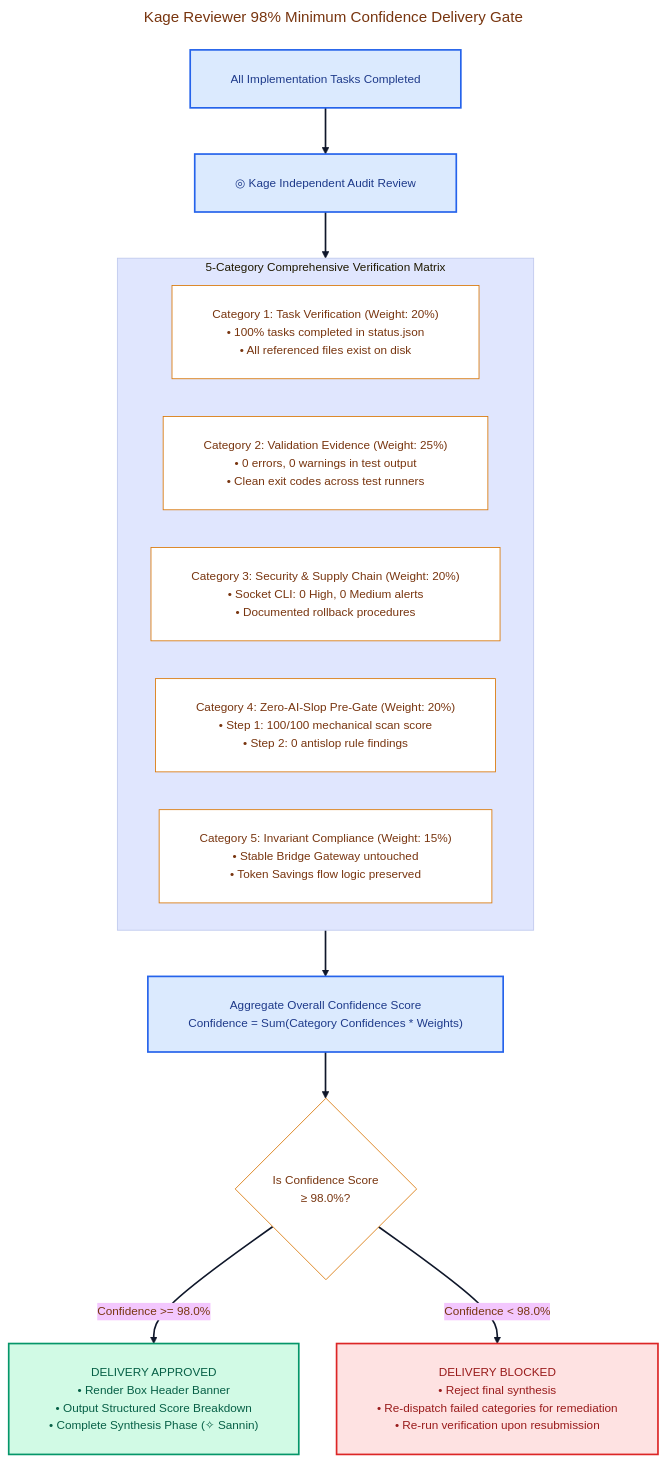
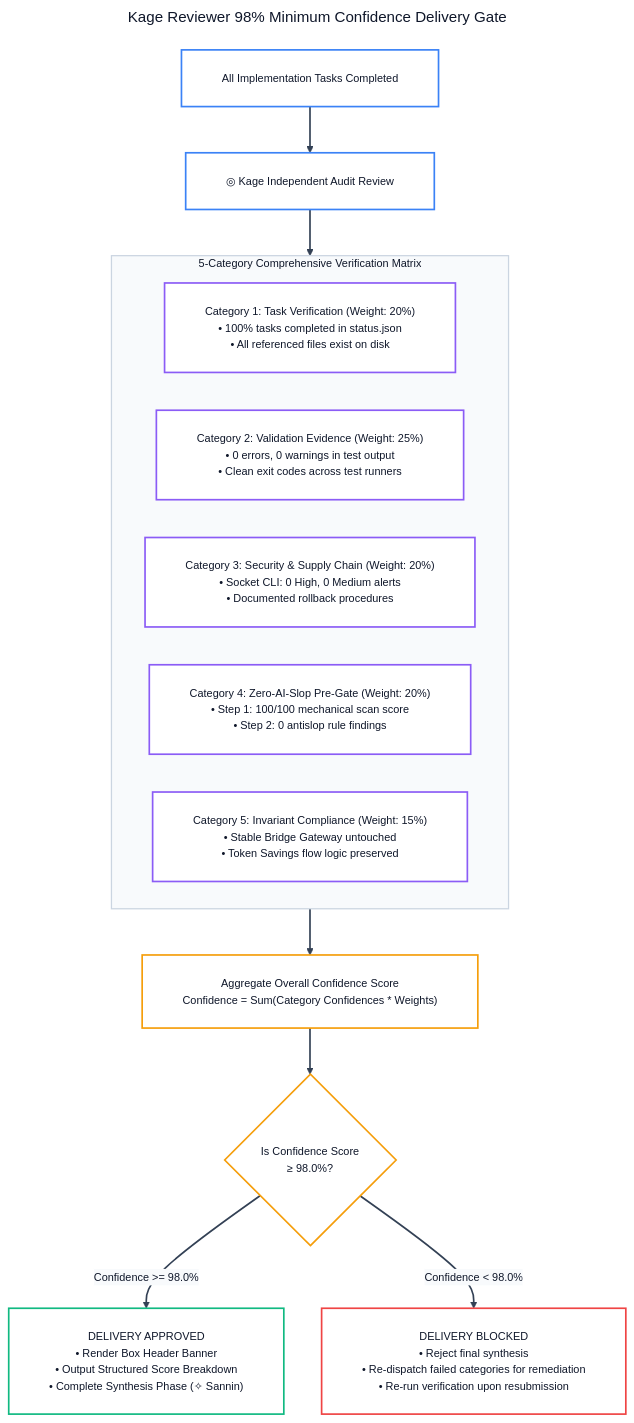
Diagram 11 of 14 in docs/ALL-WORKFLOW-DIAGRAMS.md (andycungkrinx91/konoha), drawn with Mermaid before and after one commit. The commit also changed other lines of this file and 107 other files, not shown here.

````diff
--- a/docs/ALL-WORKFLOW-DIAGRAMS.md
+++ b/docs/ALL-WORKFLOW-DIAGRAMS.md
@@ -596,49 +680,59 @@
 ```mermaid
 ---
 title: Kage Reviewer 98% Minimum Confidence Delivery Gate
 config:
   theme: base
   themeVariables:
+    darkMode: false
     background: '#ffffff'
     mainBkg: '#ffffff'
-    primaryColor: '#fef3c7'
-    primaryTextColor: '#78350f'
-    primaryBorderColor: '#d97706'
-    lineColor: '#0f172a'
-    arrowheadColor: '#0f172a'
-    fontFamily: 'Inter, system-ui, sans-serif'
-    fontSize: '14px'
+    primaryColor: '#ffffff'
+    primaryTextColor: '#0f172a'
+    primaryBorderColor: '#f59e0b'
+    lineColor: '#334155'
+    arrowheadColor: '#334155'
+    secondaryColor: '#f8fafc'
+    tertiaryColor: '#ffffff'
+    fontFamily: 'Inter, system-ui, -apple-system, sans-serif'
+    fontSize: '13px'
   flowchart:
     nodeSpacing: 45
     rankSpacing: 55
     padding: 24
     wrappingWidth: 380
 ---
 flowchart TD
     TasksDone["All Implementation Tasks Completed"] --> KageAudit["◎ Kage Independent Audit Review"]
 
     subgraph CriteriaMatrix ["5-Category Comprehensive Verification Matrix"]
         C1["Category 1: Task Verification (Weight: 20%)<br/>• 100% tasks completed in status.json<br/>• All referenced files exist on disk"]
         C2["Category 2: Validation Evidence (Weight: 25%)<br/>• 0 errors, 0 warnings in test output<br/>• Clean exit codes across test runners"]
-        C3["Category 3: Security & Supply Chain (Weight: 20%)<br/>• Socket CLI: 0 High, 0 Medium alerts<br/>• Documented rollback procedures"]
+        C3["Category 3: Security &amp; Supply Chain (Weight: 20%)<br/>• Socket CLI: 0 High, 0 Medium alerts<br/>• Documented rollback procedures"]
         C4["Category 4: Zero-AI-Slop Pre-Gate (Weight: 20%)<br/>• Step 1: 100/100 mechanical scan score<br/>• Step 2: 0 antislop rule findings"]
         C5["Category 5: Invariant Compliance (Weight: 15%)<br/>• Stable Bridge Gateway untouched<br/>• Token Savings flow logic preserved"]
     end
 
     KageAudit --> CriteriaMatrix
     CriteriaMatrix --> Aggregate["Aggregate Overall Confidence Score<br/>Confidence = Sum(Category Confidences * Weights)"]
 
     Aggregate --> ConfidenceThreshold{"Is Confidence Score<br/>≥ 98.0%?"}
 
     ConfidenceThreshold -- "Confidence >= 98.0%" --> Approved["DELIVERY APPROVED<br/>• Render Box Header Banner<br/>• Output Structured Score Breakdown<br/>• Complete Synthesis Phase (✧ Sannin)"]
 
     ConfidenceThreshold -- "Confidence < 98.0%" --> Blocked["DELIVERY BLOCKED<br/>• Reject final synthesis<br/>• Re-dispatch failed categories for remediation<br/>• Re-run verification upon resubmission"]
 
-    linkStyle default stroke:#0f172a,stroke-width:2px;
-    classDef audit fill:#dbeafe,stroke:#2563eb,color:#1e3a8a,stroke-width:2px;
-    classDef pass fill:#d1fae5,stroke:#059669,color:#065f46,stroke-width:2px;
-    classDef block fill:#fee2e2,stroke:#dc2626,color:#991b1b,stroke-width:2px;
-    class TasksDone,KageAudit,Aggregate audit;
-    class Approved pass;
-    class Blocked block;
+    linkStyle default stroke:#334155,stroke-width:2px;
+    style CriteriaMatrix fill:#f8fafc,stroke:#cbd5e1,stroke-width:1.5px,color:#0f172a;
+
+    classDef auditNode fill:#ffffff,stroke:#3b82f6,color:#0f172a,stroke-width:2px;
+    classDef criteriaNode fill:#ffffff,stroke:#8b5cf6,color:#0f172a,stroke-width:2px;
+    classDef evalNode fill:#ffffff,stroke:#f59e0b,color:#0f172a,stroke-width:2px;
+    classDef passNode fill:#ffffff,stroke:#10b981,color:#0f172a,stroke-width:2px;
+    classDef blockNode fill:#ffffff,stroke:#ef4444,color:#0f172a,stroke-width:2px;
+
+    class TasksDone,KageAudit auditNode;
+    class C1,C2,C3,C4,C5 criteriaNode;
+    class Aggregate,ConfidenceThreshold evalNode;
+    class Approved passNode;
+    class Blocked blockNode;
 ```
````
